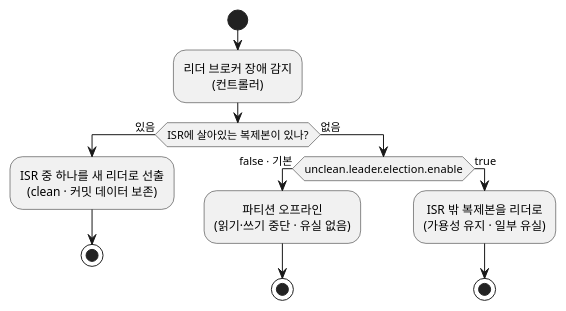
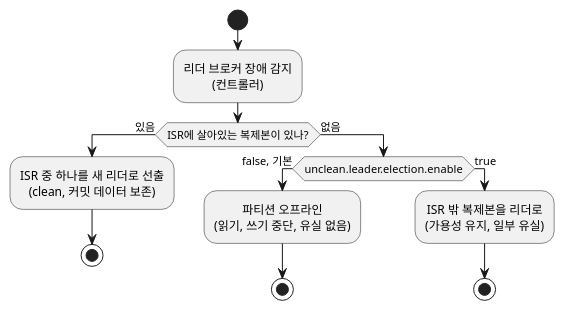
One commit to johnycho/johny-dev changed the sixth of 11 diagrams in blog/2026-09-11-kafka-cluster-replication-consumer-group.mdx. Above: the diagram before and after it, drawn with PlantUML. The commit also changed other lines of this file and 188 other files, not shown here.

````diff
--- a/blog/2026-09-11-kafka-cluster-replication-consumer-group.mdx
+++ b/blog/2026-09-11-kafka-cluster-replication-consumer-group.mdx
@@ -281,19 +281,19 @@
 ```plantuml
 @startuml
 skinparam defaultTextAlignment center
 start
 :리더 브로커 장애 감지\n(컨트롤러);
 if (ISR에 살아있는 복제본이 있나?) then (있음)
-  :ISR 중 하나를 새 리더로 선출\n(clean · 커밋 데이터 보존);
+  :ISR 중 하나를 새 리더로 선출\n(clean, 커밋 데이터 보존);
   stop
 else (없음)
-  if (unclean.leader.election.enable) then (false · 기본)
-    :파티션 오프라인\n(읽기·쓰기 중단 · 유실 없음);
+  if (unclean.leader.election.enable) then (false, 기본)
+    :파티션 오프라인\n(읽기, 쓰기 중단, 유실 없음);
     stop
   else (true)
-    :ISR 밖 복제본을 리더로\n(가용성 유지 · 일부 유실);
+    :ISR 밖 복제본을 리더로\n(가용성 유지, 일부 유실);
     stop
   endif
 endif
 @enduml
 ```
````
